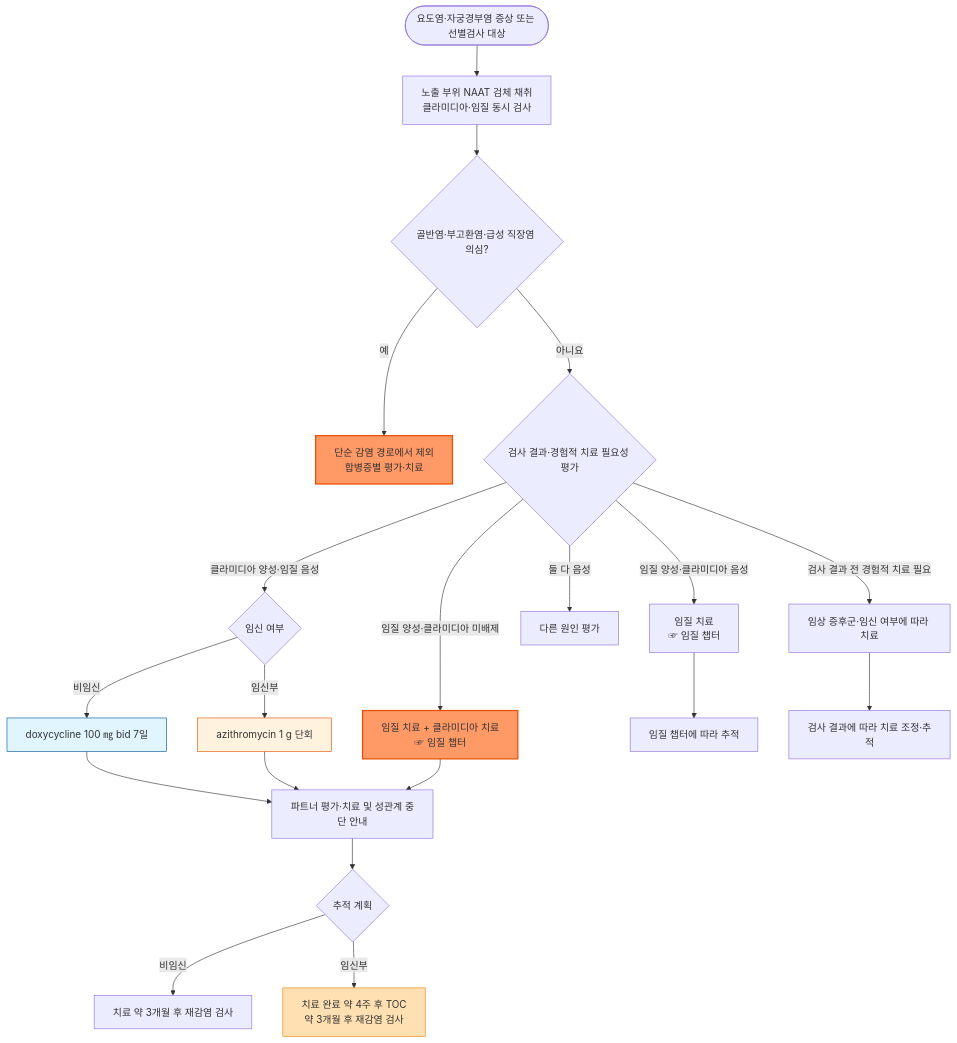
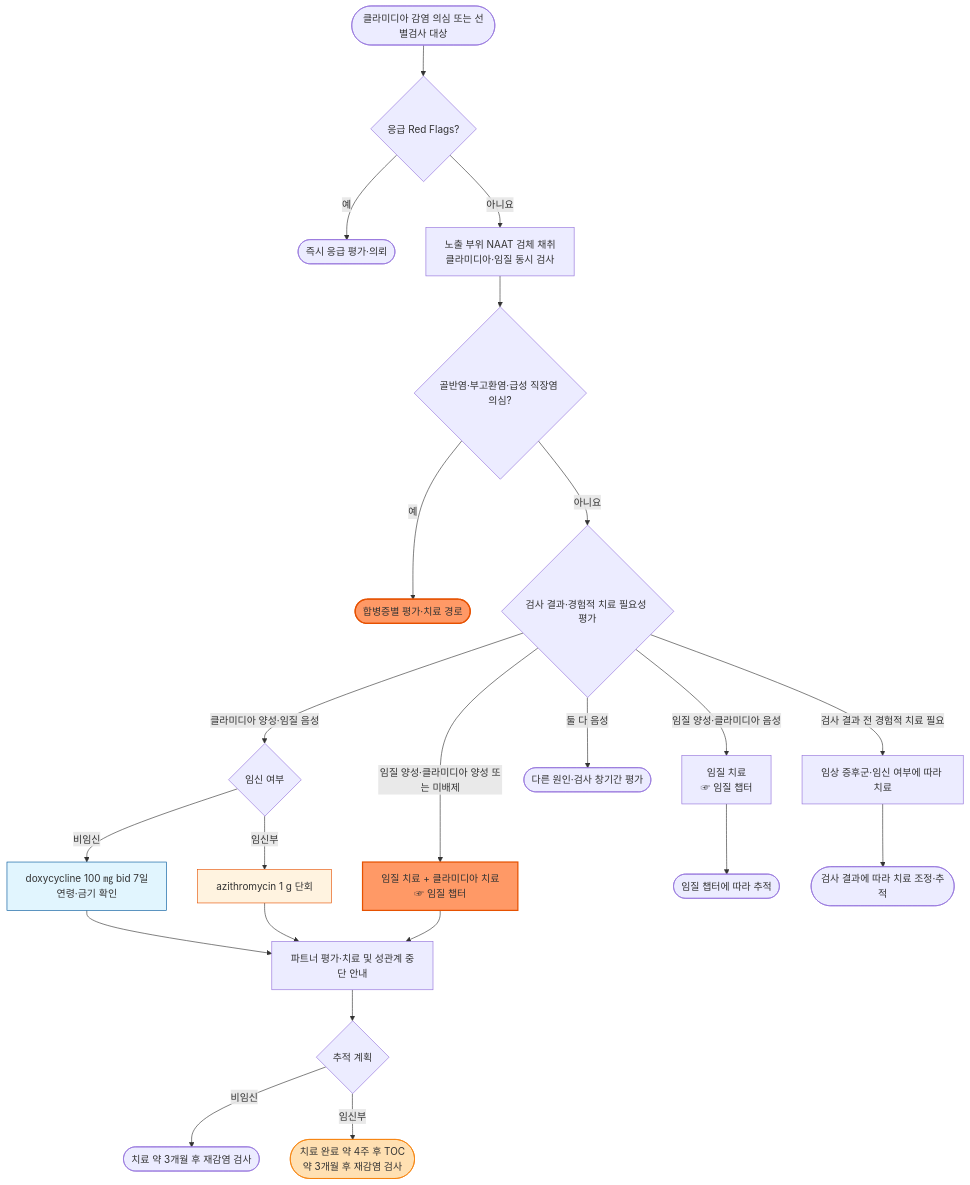
The diagram in 227_/115_-4.chlamydia.md (familyoh77/familyoh77), drawn with Mermaid before and after one commit. The commit also changed other lines of this file and 7 other files, not shown here.

````diff
--- a/227_/115_-4.chlamydia.md
+++ b/227_/115_-4.chlamydia.md
@@ -76,27 +90,29 @@
 ```mermaid
 graph TD
-    A([요도염·자궁경부염 증상 또는 선별검사 대상]) --> B[노출 부위 NAAT 검체 채취<br/>클라미디아·임질 동시 검사]
+    A([클라미디아 감염 의심 또는 선별검사 대상]) --> R{응급 Red Flags?}
+    R -->|예| S([즉시 응급 평가·의뢰])
+    R -->|아니요| B[노출 부위 NAAT 검체 채취<br/>클라미디아·임질 동시 검사]
     B --> C{골반염·부고환염·급성 직장염 의심?}
-    C -->|예| X[단순 감염 경로에서 제외<br/>합병증별 평가·치료]
+    C -->|예| X([합병증별 평가·치료 경로])
     C -->|아니요| D{검사 결과·경험적 치료 필요성 평가}
     D -->|클라미디아 양성·임질 음성| E{임신 여부}
-    D -->|임질 양성·클라미디아 미배제| F[임질 치료 + 클라미디아 치료<br/>☞ 임질 챕터]
+    D -->|임질 양성·클라미디아 양성 또는 미배제| F[임질 치료 + 클라미디아 치료<br/>☞ 임질 챕터]
     D -->|임질 양성·클라미디아 음성| G[임질 치료<br/>☞ 임질 챕터]
-    D -->|둘 다 음성| H[다른 원인 평가]
+    D -->|둘 다 음성| H([다른 원인·검사 창기간 평가])
     D -->|검사 결과 전 경험적 치료 필요| I[임상 증후군·임신 여부에 따라 치료]
-    E -->|비임신| J[doxycycline 100 ㎎ bid 7일]
+    E -->|비임신| J[doxycycline 100 ㎎ bid 7일<br/>연령·금기 확인]
     E -->|임신부| K[azithromycin 1 g 단회]
     J --> L[파트너 평가·치료 및 성관계 중단 안내]
     K --> L
     F --> L
-    G --> P[임질 챕터에 따라 추적]
-    I --> Q[검사 결과에 따라 치료 조정·추적]
+    G --> P([임질 챕터에 따라 추적])
+    I --> Q([검사 결과에 따라 치료 조정·추적])
     L --> M{추적 계획}
-    M -->|비임신| N[치료 약 3개월 후 재감염 검사]
-    M -->|임신부| O[치료 완료 약 4주 후 TOC<br/>약 3개월 후 재감염 검사]
+    M -->|비임신| N([치료 약 3개월 후 재감염 검사])
+    M -->|임신부| O([치료 완료 약 4주 후 TOC<br/>약 3개월 후 재감염 검사])
     style X fill:#f96,stroke:#e65100,stroke-width:2px
     style F fill:#f96,stroke:#e65100,stroke-width:2px
     style J fill:#e1f5fe,stroke:#01579b
     style K fill:#fff3e0,stroke:#e65100
     style O fill:#ffe0b2,stroke:#f57c00
 ```
````
